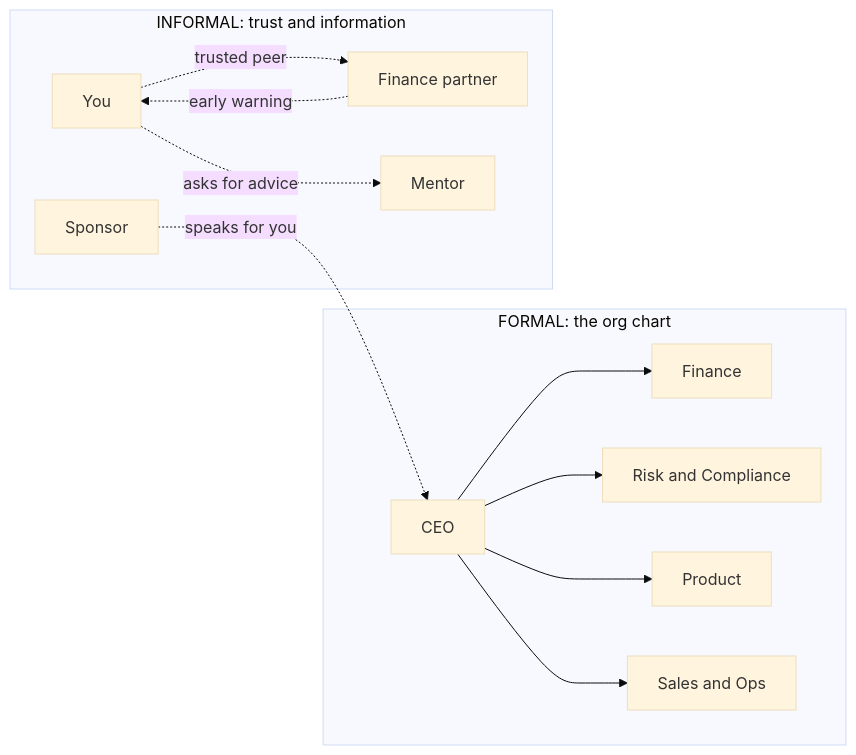
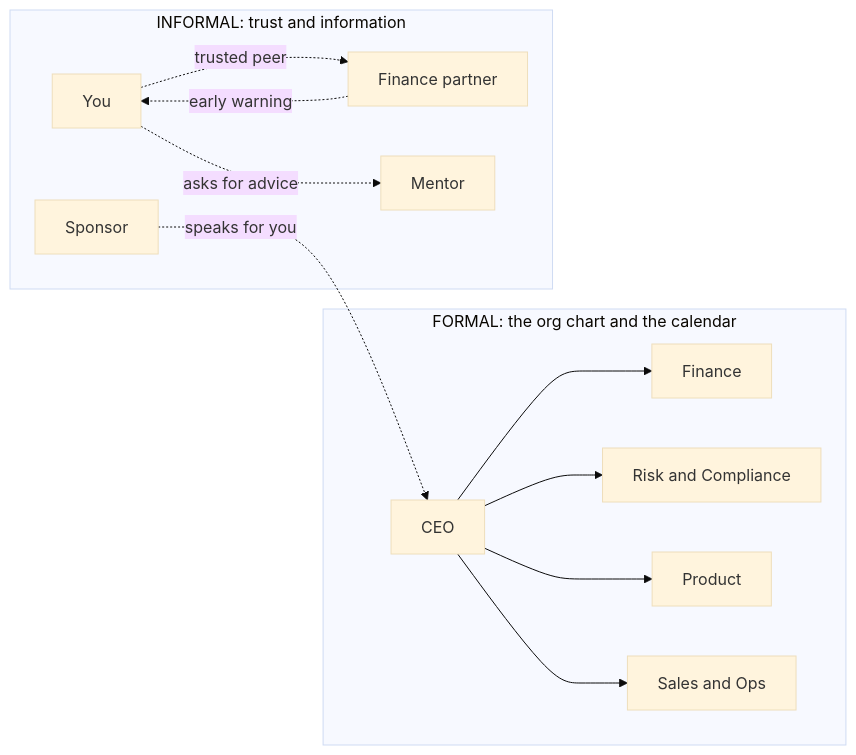
One commit to aakashagg123/gatsby changed the first of 2 diagrams in business-acumen/navigating-the-organization.md. Above: the diagram before and after it, drawn with Mermaid (base theme). The commit also changed other lines of this file and 17 other files, not shown here.

````diff
--- a/business-acumen/navigating-the-organization.md
+++ b/business-acumen/navigating-the-organization.md
@@ -25,15 +36,15 @@
 ```mermaid
 flowchart LR
-  subgraph FORMAL["FORMAL: the org chart"]
+  subgraph FORMAL["FORMAL: the org chart and the calendar"]
     CEO["CEO"] --> CFO["Finance"]
     CEO --> CRO["Risk and Compliance"]
     CEO --> CPO["Product"]
     CEO --> CRO2["Sales and Ops"]
   end
   subgraph INFORMAL["INFORMAL: trust and information"]
     P["You"] -.->|"trusted peer"| F2["Finance partner"]
     P -.->|"asks for advice"| M["Mentor"]
     S["Sponsor"] -.->|"speaks for you"| CEO
     F2 -.->|"early warning"| P
   end
 ```
````
